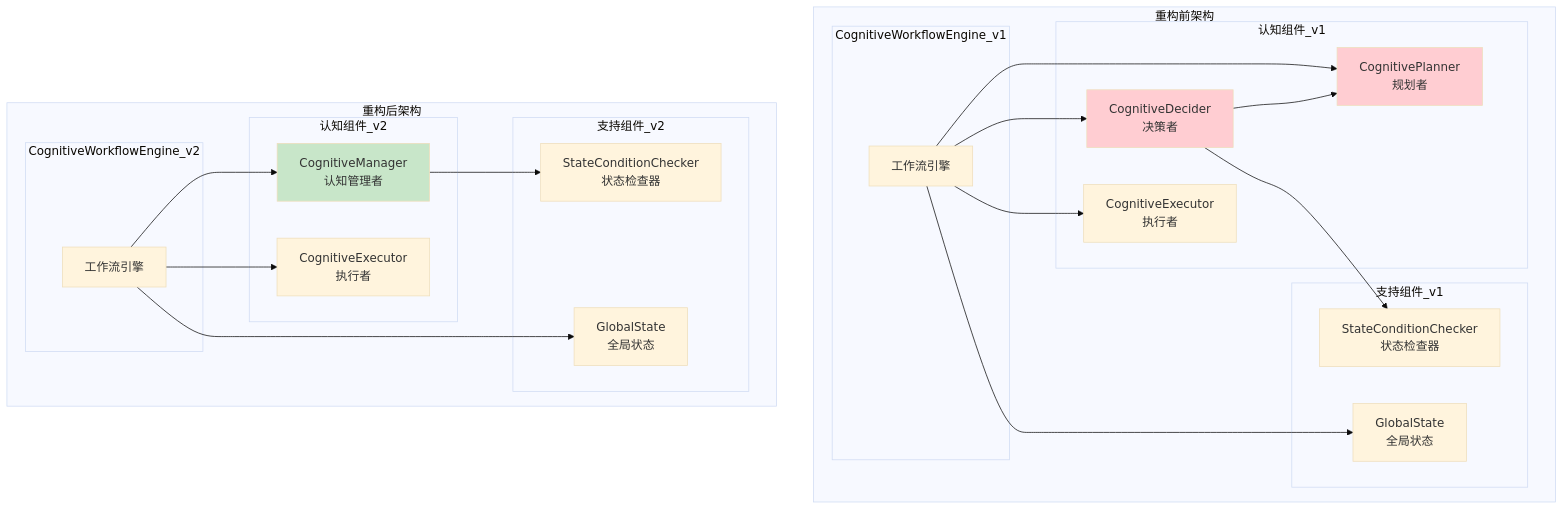
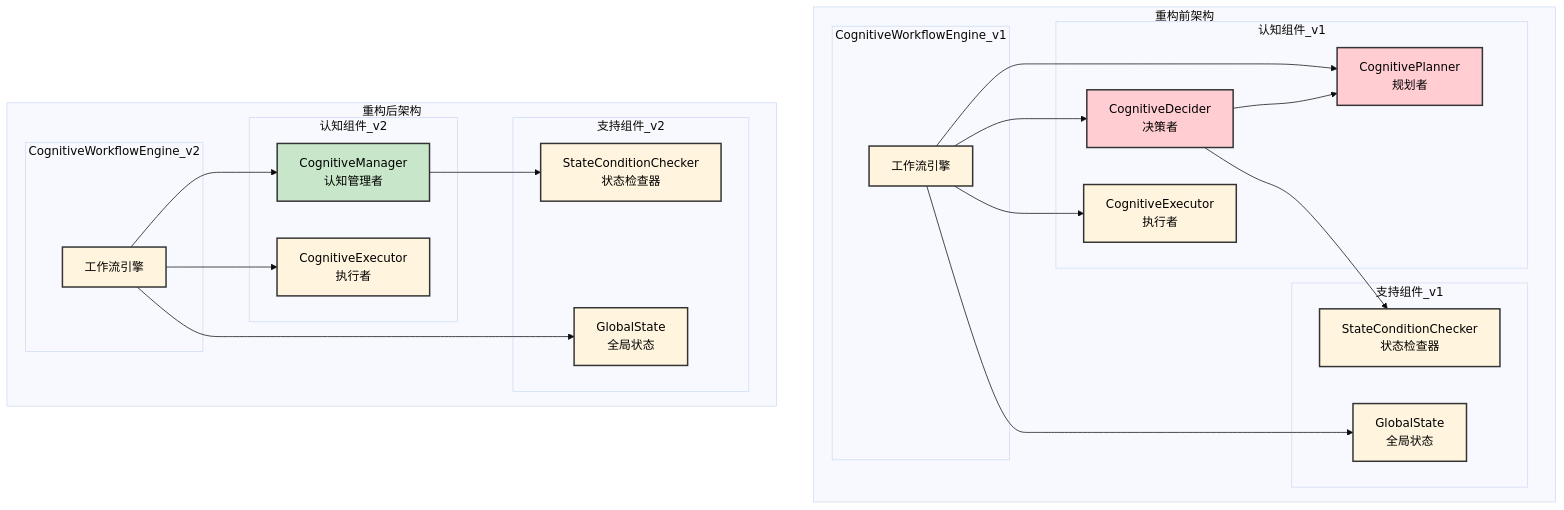
Before and after one commit to guci314/AgentFramework: the fifth of 5 diagrams in CognitiveWorkflow/认知工作流系统架构文档.md, drawn with Mermaid (base theme). The commit also changed other lines of this file and 713 other files, not shown here.

````diff
--- a/CognitiveWorkflow/认知工作流系统架构文档.md
+++ b/CognitiveWorkflow/认知工作流系统架构文档.md
@@ -349,51 +361,59 @@
 ```mermaid
 graph TB
     subgraph "重构前架构"
         subgraph "CognitiveWorkflowEngine_v1"
             Engine1["工作流引擎"]
         end
         
         subgraph "认知组件_v1"
             Planner["CognitivePlanner<br/>规划者"]
             Decider["CognitiveDecider<br/>决策者"]
             Executor1["CognitiveExecutor<br/>执行者"]
         end
         
         subgraph "支持组件_v1"
             Checker1["StateConditionChecker<br/>状态检查器"]
             State1["GlobalState<br/>全局状态"]
         end
         
         Engine1 --> Planner
         Engine1 --> Decider
         Engine1 --> Executor1
         Decider --> Planner
         Decider --> Checker1
         Engine1 --> State1
     end
     
     subgraph "重构后架构"
         subgraph "CognitiveWorkflowEngine_v2"
             Engine2["工作流引擎"]
         end
         
         subgraph "认知组件_v2"
             Manager["CognitiveManager<br/>认知管理者"]
             Executor2["CognitiveExecutor<br/>执行者"]
         end
         
         subgraph "支持组件_v2"
             Checker2["StateConditionChecker<br/>状态检查器"]
             State2["GlobalState<br/>全局状态"]
         end
         
         Engine2 --> Manager
         Engine2 --> Executor2
         Manager --> Checker2
         Engine2 --> State2
     end
     
-    style Planner fill:#ffcdd2
-    style Decider fill:#ffcdd2
-    style Manager fill:#c8e6c9
+    style Planner fill:#ffcdd2,color:#000000,stroke:#333333,stroke-width:2px
+    style Decider fill:#ffcdd2,color:#000000,stroke:#333333,stroke-width:2px
+    style Manager fill:#c8e6c9,color:#000000,stroke:#333333,stroke-width:2px
+    style Engine1 color:#000000,stroke:#333333,stroke-width:2px
+    style Engine2 color:#000000,stroke:#333333,stroke-width:2px
+    style Executor1 color:#000000,stroke:#333333,stroke-width:2px
+    style Executor2 color:#000000,stroke:#333333,stroke-width:2px
+    style Checker1 color:#000000,stroke:#333333,stroke-width:2px
+    style Checker2 color:#000000,stroke:#333333,stroke-width:2px
+    style State1 color:#000000,stroke:#333333,stroke-width:2px
+    style State2 color:#000000,stroke:#333333,stroke-width:2px
 ```
````
